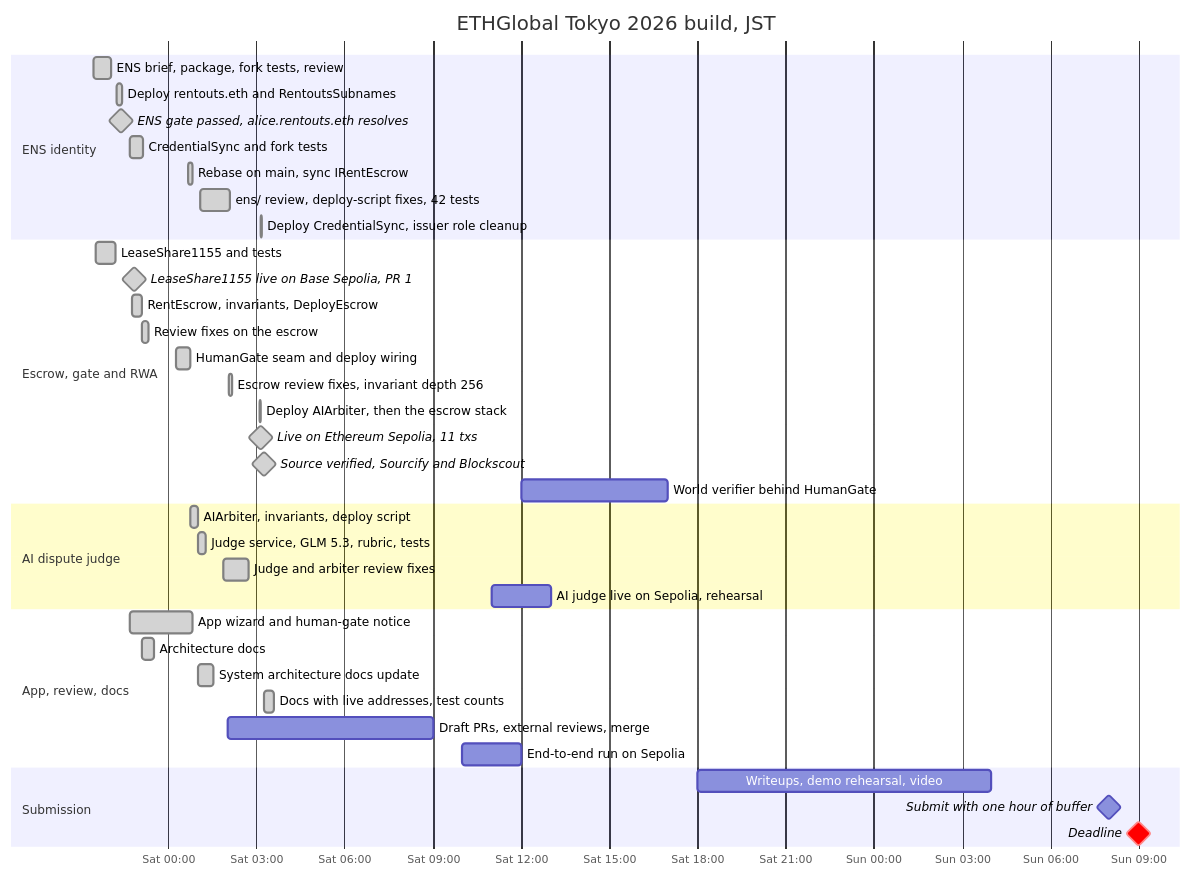
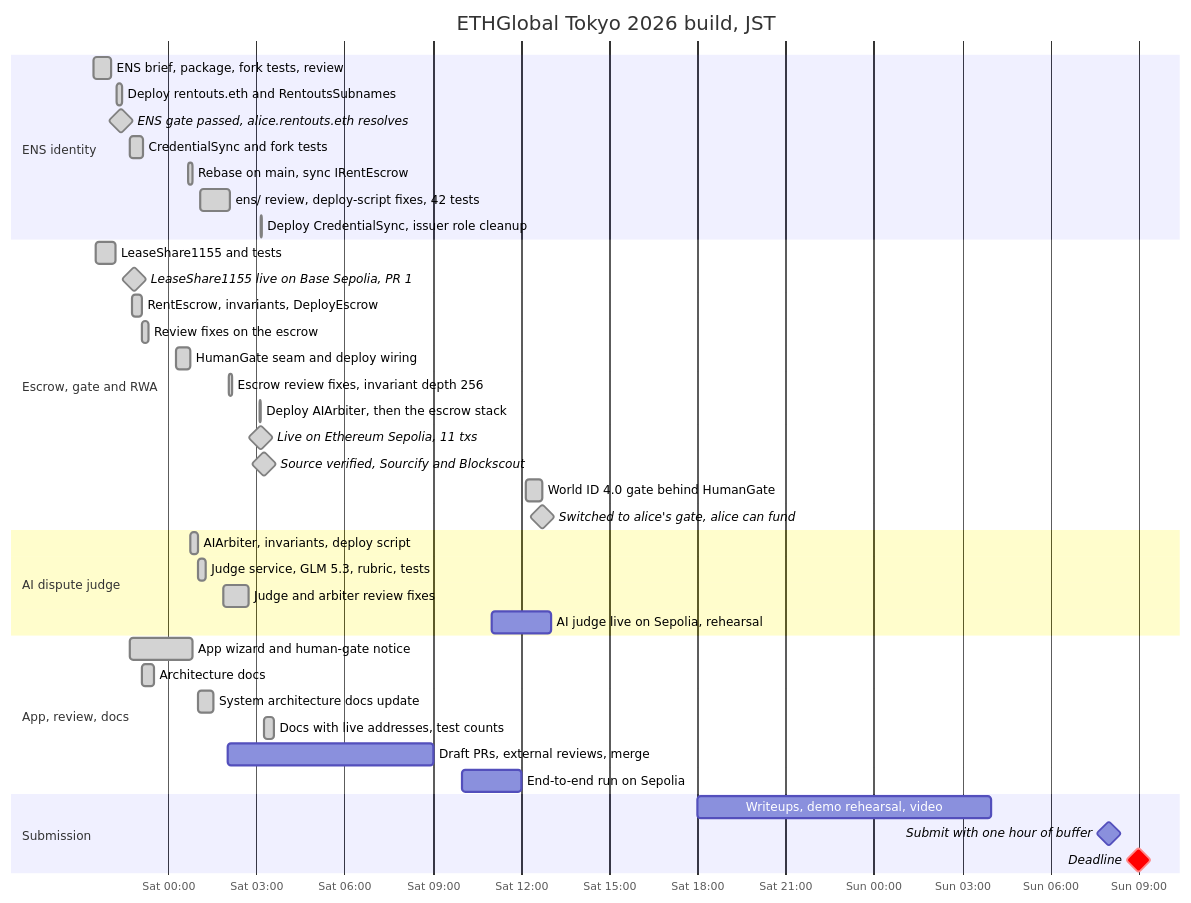
One commit to AiAlchemist0/rentouts-escrow changed the first of 3 diagrams in docs/PLAN.md. Above: the diagram before and after it, drawn with Mermaid. The commit also changed other lines of this file and 10 other files, not shown here.

````diff
--- a/docs/PLAN.md
+++ b/docs/PLAN.md
@@ -37,47 +37,48 @@
 ```mermaid
 gantt
     title ETHGlobal Tokyo 2026 build, JST
     dateFormat YYYY-MM-DD HH:mm
     axisFormat %a %H:%M
     todayMarker off
 
     section ENS identity
     ENS brief, package, fork tests, review        :done, ens1, 2026-09-25 21:27, 35m
     Deploy rentouts.eth and RentoutsSubnames      :done, ens2, 2026-09-25 22:15, 10m
     ENS gate passed, alice.rentouts.eth resolves  :milestone, done, gate, 2026-09-25 22:24, 0m
     CredentialSync and fork tests                 :done, ens3, 2026-09-25 22:42, 25m
     Rebase on main, sync IRentEscrow              :done, ens4, 2026-09-26 00:40, 10m
     ens/ review, deploy-script fixes, 42 tests    :done, ens5, 2026-09-26 01:05, 60m
     Deploy CredentialSync, issuer role cleanup    :done, ens6, 2026-09-26 03:08, 2m
 
     section Escrow, gate and RWA
     LeaseShare1155 and tests                      :done, rwa1, 2026-09-25 21:31, 40m
     LeaseShare1155 live on Base Sepolia, PR 1     :milestone, done, rwa2, 2026-09-25 22:51, 0m
     RentEscrow, invariants, DeployEscrow          :done, esc1, 2026-09-25 22:45, 20m
     Review fixes on the escrow                    :done, esc2, 2026-09-25 23:05, 15m
     HumanGate seam and deploy wiring              :done, gate1, 2026-09-26 00:15, 30m
     Escrow review fixes, invariant depth 256      :done, esc3, 2026-09-26 02:03, 6m
     Deploy AIArbiter, then the escrow stack       :done, esc4, 2026-09-26 03:05, 3m
     Live on Ethereum Sepolia, 11 txs              :milestone, done, live, 2026-09-26 03:09, 0m
     Source verified, Sourcify and Blockscout      :milestone, done, src, 2026-09-26 03:15, 0m
-    World verifier behind HumanGate               :world, 2026-09-26 12:00, 5h
+    World ID 4.0 gate behind HumanGate            :done, world, 2026-09-26 12:09, 33m
+    Switched to alice's gate, alice can fund      :milestone, done, world2, 2026-09-26 12:42, 0m
 
     section AI dispute judge
     AIArbiter, invariants, deploy script          :done, ai1, 2026-09-26 00:45, 15m
     Judge service, GLM 5.3, rubric, tests         :done, ai2, 2026-09-26 01:00, 15m
     Judge and arbiter review fixes                :done, ai3, 2026-09-26 01:53, 50m
     AI judge live on Sepolia, rehearsal           :ai4, 2026-09-26 11:00, 2h
 
     section App, review, docs
     App wizard and human-gate notice              :done, app1, 2026-09-25 22:40, 130m
     Architecture docs                             :done, doc1, 2026-09-25 23:05, 25m
     System architecture docs update               :done, doc2, 2026-09-26 01:00, 32m
     Docs with live addresses, test counts         :done, doc3, 2026-09-26 03:15, 20m
     Draft PRs, external reviews, merge            :rev, 2026-09-26 02:00, 7h
     End-to-end run on Sepolia                     :e2e, 2026-09-26 10:00, 2h
 
     section Submission
     Writeups, demo rehearsal, video               :sub1, 2026-09-26 18:00, 10h
     Submit with one hour of buffer                :milestone, sub2, 2026-09-27 08:00, 0m
     Deadline                                      :crit, milestone, dl, 2026-09-27 09:00, 0m
 ```
````
